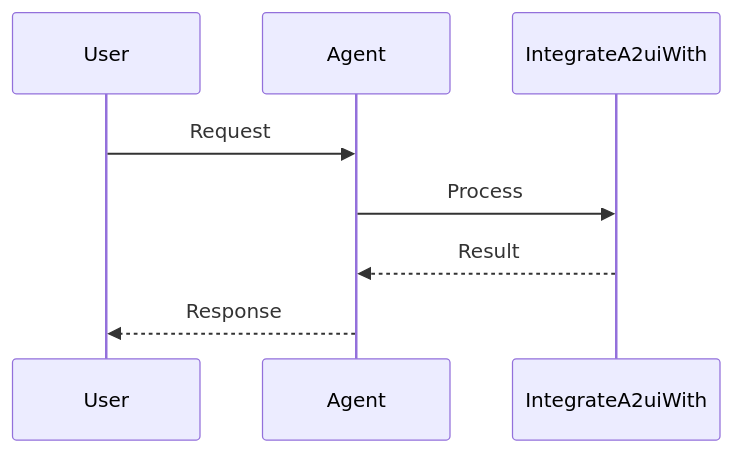
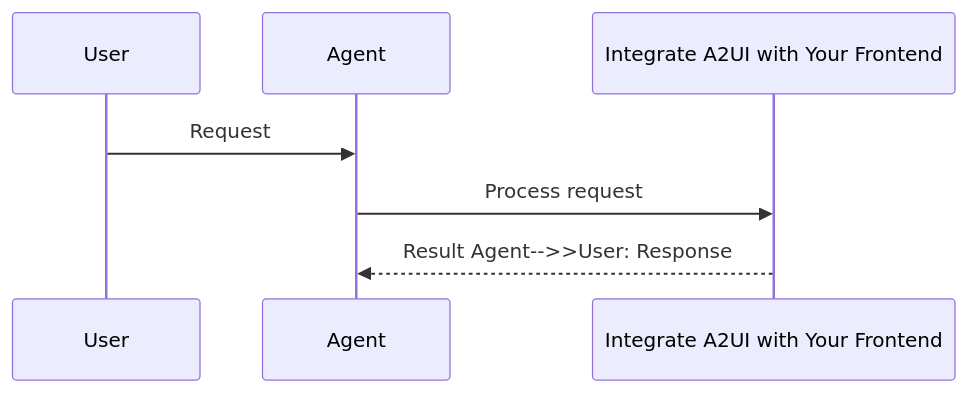
Before and after one commit to MervinPraison/PraisonAIDocs: the second of 2 diagrams in docs/features/integrate-a2ui-frontend.mdx, drawn with Mermaid. The commit also changed 204 other files, not shown here.

First line of the commit message:
docs: align feature/tool pages with AGENTS.md hero, sequence, and import standards (#1777)

````diff
--- a/docs/features/integrate-a2ui-frontend.mdx
+++ b/docs/features/integrate-a2ui-frontend.mdx
@@ -39,11 +39,10 @@
 ```mermaid
 sequenceDiagram
     participant User
     participant Agent
-    participant IntegrateA2uiWith
+    participant Feature as Integrate A2UI with Your Frontend
 
     User->>Agent: Request
-    Agent->>IntegrateA2uiWith: Process
-    IntegrateA2uiWith-->>Agent: Result
-    Agent-->>User: Response
+    Agent->>Feature: Process request
+    Feature-->>Agent: Result    Agent-->>User: Response
 ```
````
